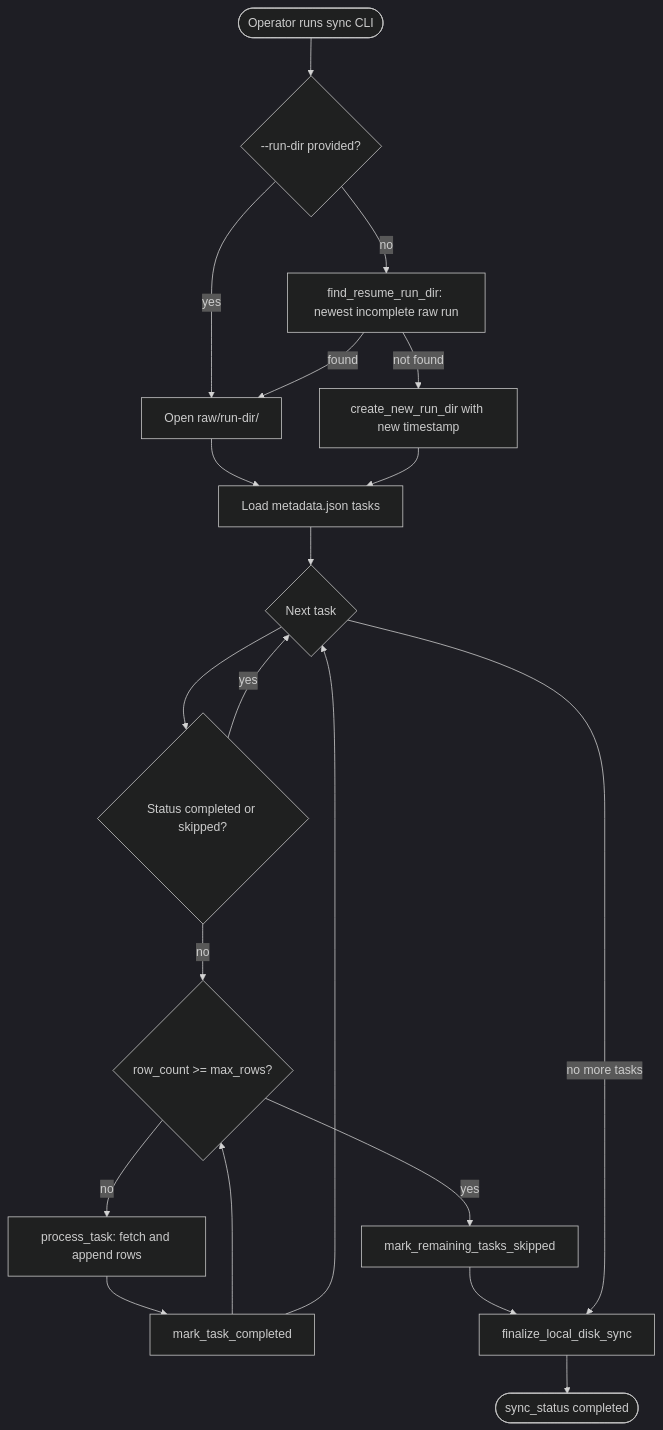
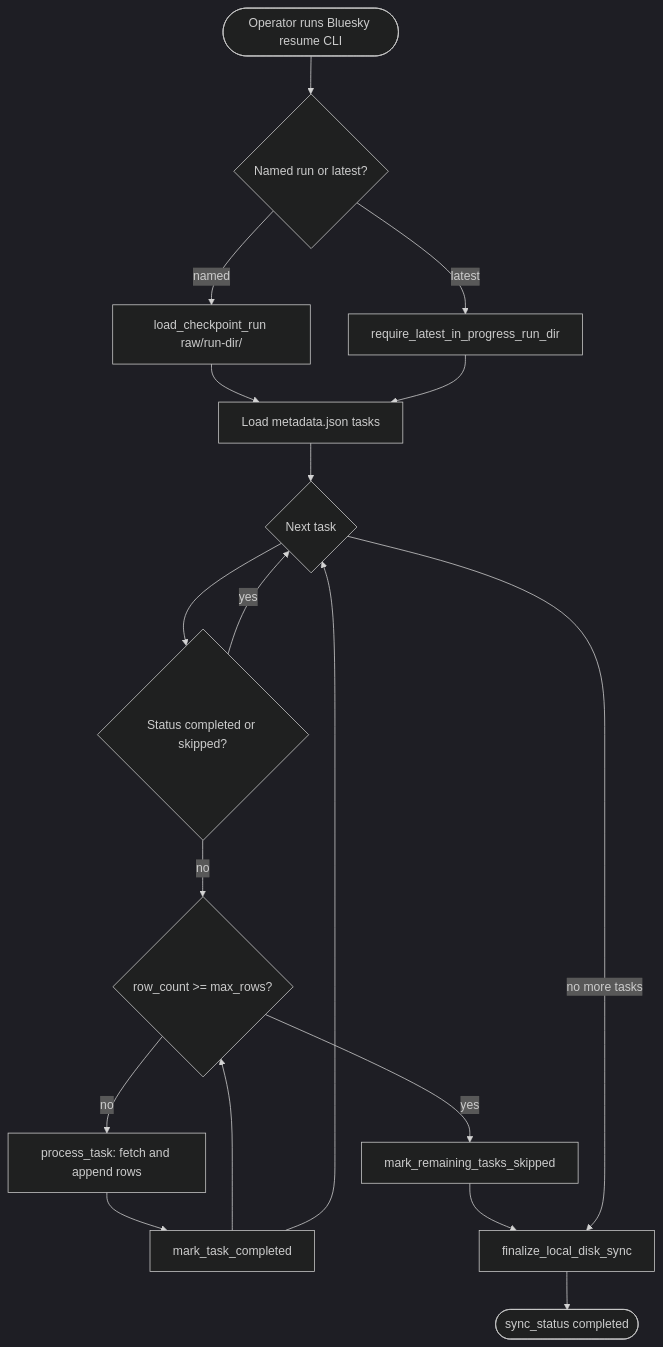
Before and after one commit to METResearchGroup/mirrorView-task: the third of 3 diagrams in docs/runbooks/DATA_INGESTION_PIPELINE_ARCHITECTURE.md, drawn with Mermaid (dark theme). The commit also changed other lines of this file and 1 other file, not shown here.

Commit message:
docs: update Bluesky ingest commands for new-run and resume

````diff
--- a/docs/runbooks/DATA_INGESTION_PIPELINE_ARCHITECTURE.md
+++ b/docs/runbooks/DATA_INGESTION_PIPELINE_ARCHITECTURE.md
@@ -268,37 +268,34 @@
 ```mermaid
 flowchart TD
-  start([Operator runs sync CLI])
-  runDir{--run-dir provided?}
-  pin[Open raw/run-dir/]
-  find[find_resume_run_dir: newest incomplete raw run]
-  newRun[create_new_run_dir with new timestamp]
+  start([Operator runs Bluesky resume CLI])
+  mode{Named run or latest?}
+  pin[load_checkpoint_run raw/run-dir/]
+  find[require_latest_in_progress_run_dir]
   loadMeta[Load metadata.json tasks]
   loop{Next task}
   skipDone{Status completed or skipped?}
   proc[process_task: fetch and append rows]
   maxRows{row_count >= max_rows?}
   markSkip[mark_remaining_tasks_skipped]
   markDone[mark_task_completed]
   finalize[finalize_local_disk_sync]
   done([sync_status completed])
 
-  start --> runDir
-  runDir -->|yes| pin
-  runDir -->|no| find
-  find -->|found| pin
-  find -->|not found| newRun
+  start --> mode
+  mode -->|named| pin
+  mode -->|latest| find
   pin --> loadMeta
-  newRun --> loadMeta
+  find --> loadMeta
   loadMeta --> loop
   loop --> skipDone
   skipDone -->|yes| loop
   skipDone -->|no| maxRows
   maxRows -->|yes| markSkip
   maxRows -->|no| proc
   proc --> markDone
   markDone --> maxRows
   markSkip --> finalize
   markDone --> loop
   loop -->|no more tasks| finalize
   finalize --> done
 ```
````
